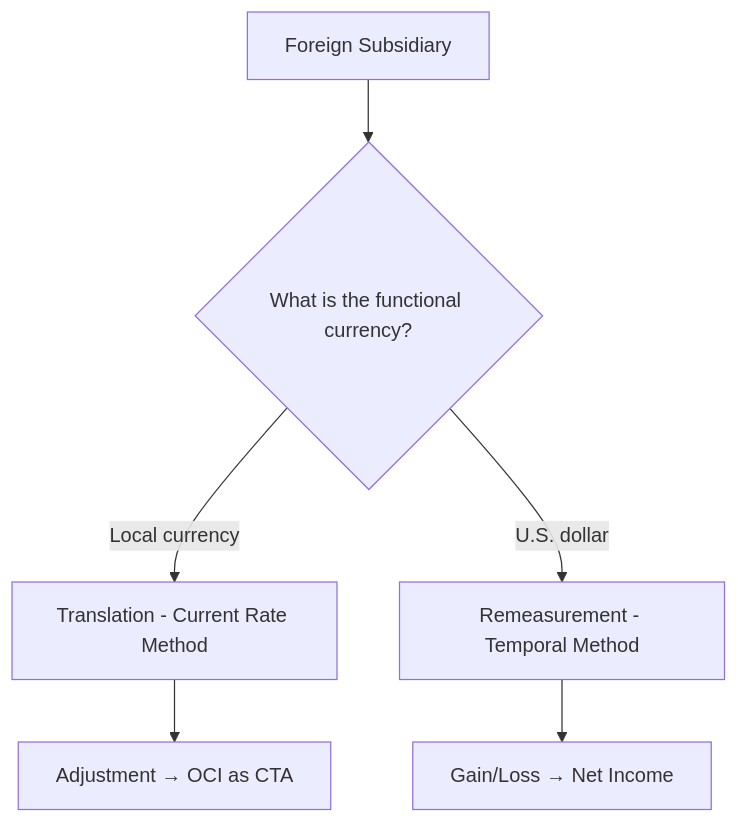
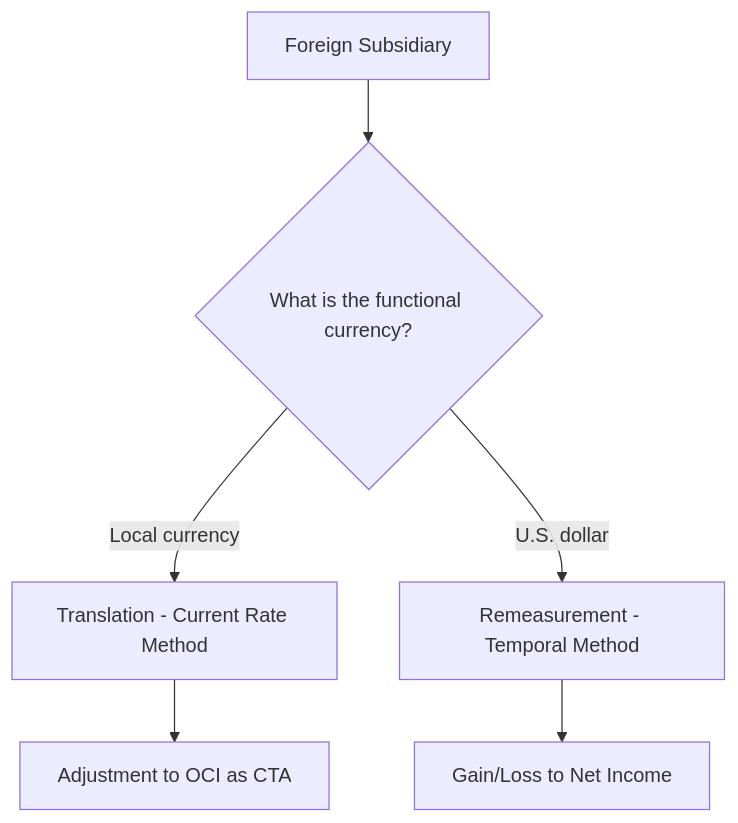
The diagram in docs/far/special-topics-and-transactions/foreign-currency-issues.md (subwaymatch/cpabear-book), drawn with Mermaid before and after one commit. The commit also changed other lines of this file and 222 other files, not shown here.

````diff
--- a/docs/far/special-topics-and-transactions/foreign-currency-issues.md
+++ b/docs/far/special-topics-and-transactions/foreign-currency-issues.md
@@ -118,8 +132,8 @@
 ```mermaid
 graph TD
     A[Foreign Subsidiary] --> B{What is the functional currency?}
     B -->|Local currency| C[Translation - Current Rate Method]
     B -->|U.S. dollar| D[Remeasurement - Temporal Method]
-    C --> E[Adjustment → OCI as CTA]
-    D --> F[Gain/Loss → Net Income]
+    C --> E[Adjustment to OCI as CTA]
+    D --> F[Gain/Loss to Net Income]
 ```
````
